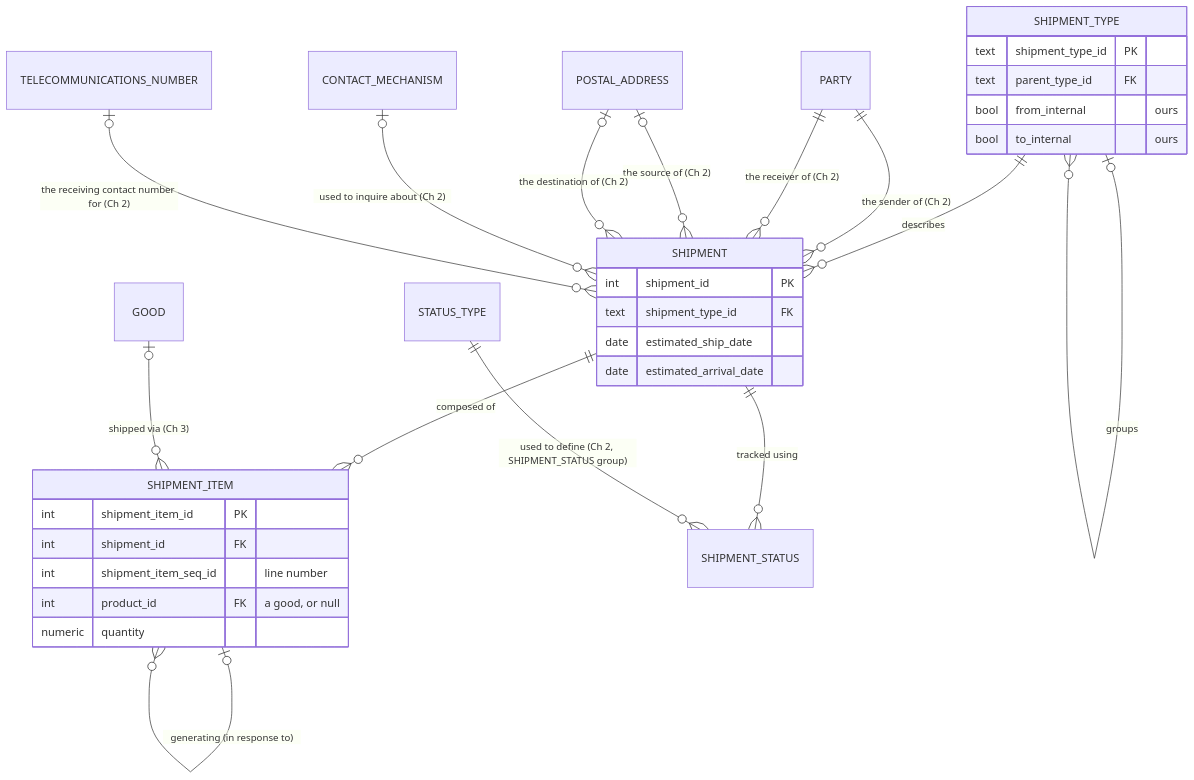
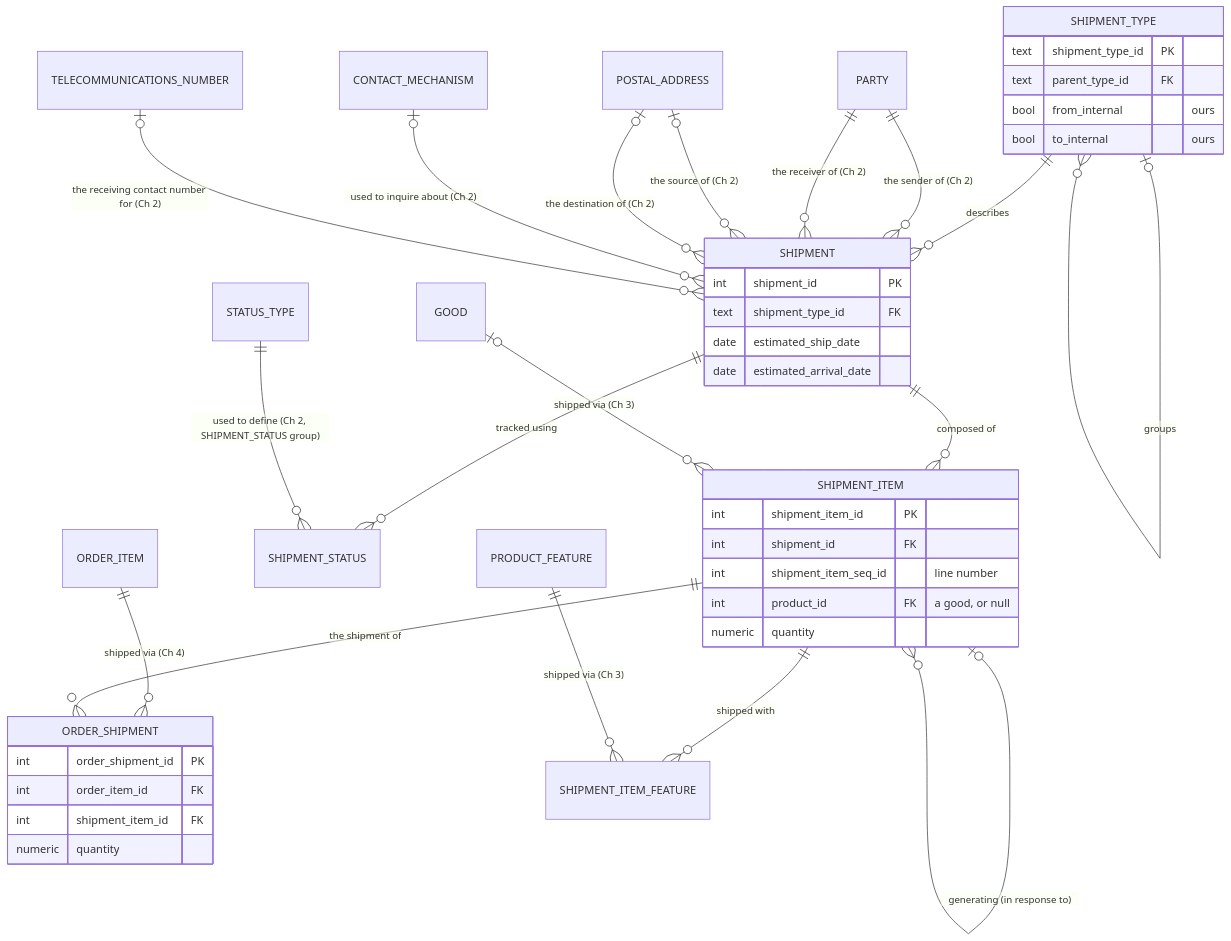
Before and after one commit to mauricioaznar/data-modelling-patterns: the diagram in volumes/v1-all-enterprises/05-shipments/diagram.md, drawn with Mermaid. The commit also changed 6 other files, not shown here.

````diff
--- a/volumes/v1-all-enterprises/05-shipments/diagram.md
+++ b/volumes/v1-all-enterprises/05-shipments/diagram.md
@@ -7,38 +7,50 @@
 ```mermaid
 erDiagram
   %% Fig 5.1 — Shipment definition
   SHIPMENT {
     int  shipment_id PK
     text shipment_type_id FK
     date estimated_ship_date
     date estimated_arrival_date
   }
   SHIPMENT_TYPE {
     text shipment_type_id PK
     text parent_type_id FK
     bool from_internal "ours"
     bool to_internal "ours"
   }
   SHIPMENT_TYPE             ||--o{ SHIPMENT          : "describes"
   SHIPMENT_TYPE             |o--o{ SHIPMENT_TYPE     : "groups"
   PARTY                     ||--o{ SHIPMENT          : "the sender of (Ch 2)"
   PARTY                     ||--o{ SHIPMENT          : "the receiver of (Ch 2)"
   POSTAL_ADDRESS            |o--o{ SHIPMENT          : "the source of (Ch 2)"
   POSTAL_ADDRESS            |o--o{ SHIPMENT          : "the destination of (Ch 2)"
   CONTACT_MECHANISM         |o--o{ SHIPMENT          : "used to inquire about (Ch 2)"
   TELECOMMUNICATIONS_NUMBER |o--o{ SHIPMENT          : "the receiving contact number for (Ch 2)"
 
   %% Fig 5.2 — Shipping detail
   SHIPMENT_ITEM {
     int     shipment_item_id PK
     int     shipment_id FK
     int     shipment_item_seq_id "line number"
     int     product_id FK "a good, or null"
     numeric quantity
   }
   SHIPMENT                  ||--o{ SHIPMENT_ITEM     : "composed of"
   GOOD                      |o--o{ SHIPMENT_ITEM     : "shipped via (Ch 3)"
   SHIPMENT_ITEM             |o--o{ SHIPMENT_ITEM     : "generating (in response to)"
   SHIPMENT                  ||--o{ SHIPMENT_STATUS   : "tracked using"
   STATUS_TYPE               ||--o{ SHIPMENT_STATUS   : "used to define (Ch 2, SHIPMENT_STATUS group)"
+
+  %% Fig 5.3 — Shipment-to-order relationship
+  ORDER_SHIPMENT {
+    int     order_shipment_id PK
+    int     order_item_id FK
+    int     shipment_item_id FK
+    numeric quantity
+  }
+  ORDER_ITEM                ||--o{ ORDER_SHIPMENT        : "shipped via (Ch 4)"
+  SHIPMENT_ITEM             ||--o{ ORDER_SHIPMENT        : "the shipment of"
+  SHIPMENT_ITEM             ||--o{ SHIPMENT_ITEM_FEATURE : "shipped with"
+  PRODUCT_FEATURE           ||--o{ SHIPMENT_ITEM_FEATURE : "shipped via (Ch 3)"
 ```
````
